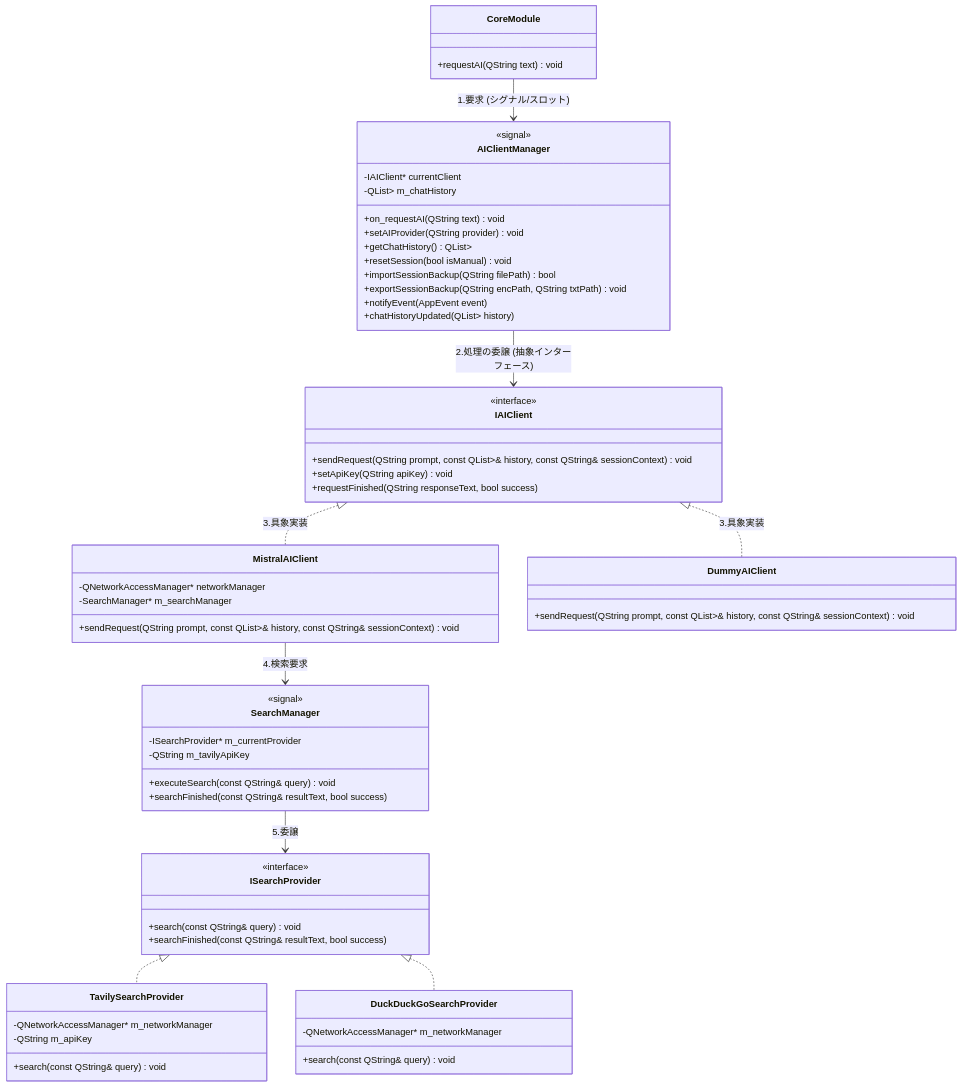
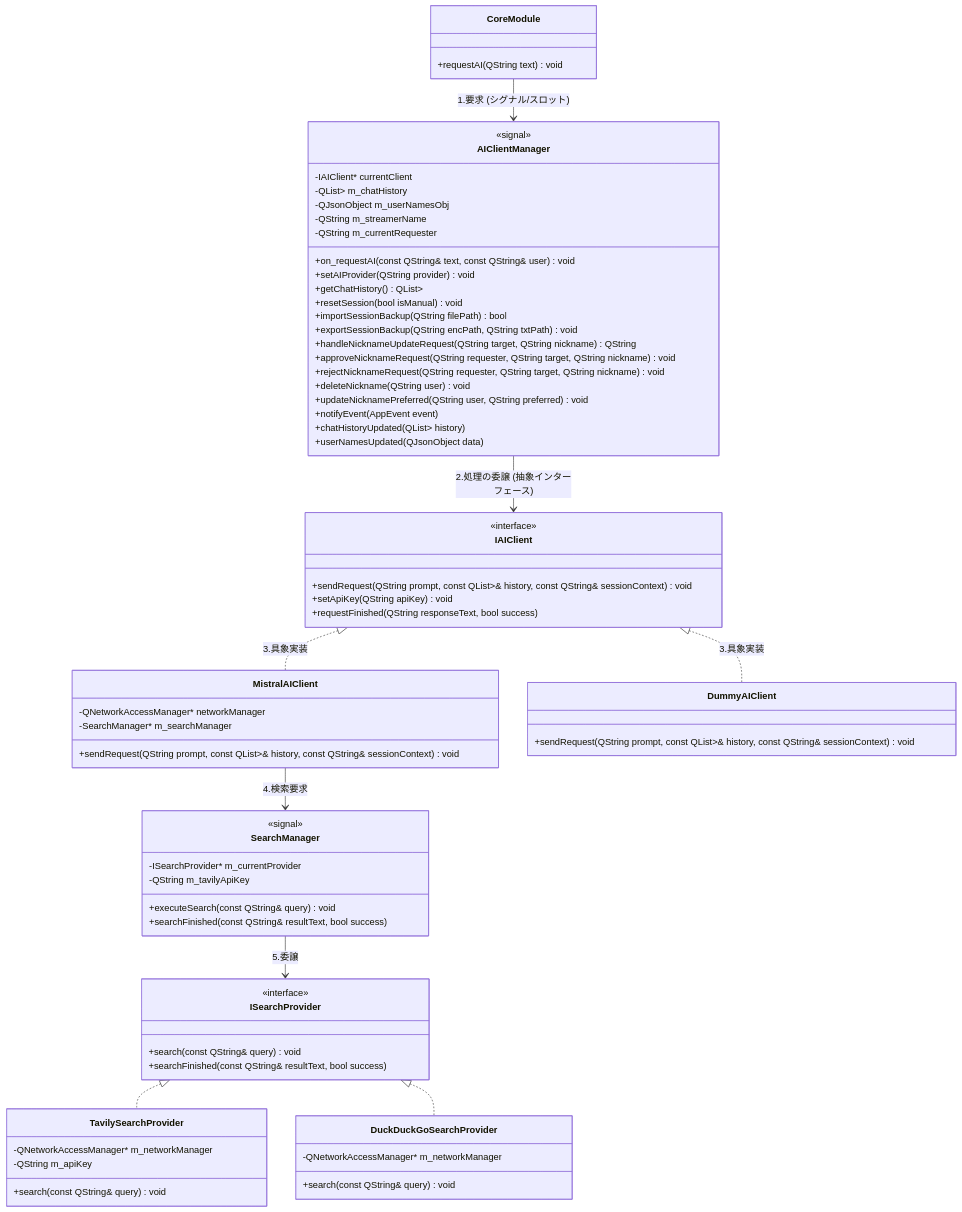
One commit to BLUE000/AiAssistantAvatar changed the third of 18 diagrams in doc/BasicDesign.md. Above: the diagram before and after it, drawn with Mermaid. The commit also changed other lines of this file and 12 other files, not shown here.

Commit message:
feat: implement nickname auto-registration, streamer GUI approval, and update specifications for Discord & memory archive

````diff
--- a/doc/BasicDesign.md
+++ b/doc/BasicDesign.md
@@ -121,65 +125,74 @@
 ```mermaid
 classDiagram
     class CoreModule {
         +requestAI(QString text) void
     }
     class AIClientManager {
         -IAIClient* currentClient
         -QList<QPair<QString, QString>> m_chatHistory
-        +on_requestAI(QString text) void
+        -QJsonObject m_userNamesObj
+        -QString m_streamerName
+        -QString m_currentRequester
+        +on_requestAI(const QString& text, const QString& user) void
         +setAIProvider(QString provider) void
         +getChatHistory() QList<QPair<QString, QString>>
         +resetSession(bool isManual) void
         +importSessionBackup(QString filePath) bool
         +exportSessionBackup(QString encPath, QString txtPath) void
+        +handleNicknameUpdateRequest(QString target, QString nickname) QString
+        +approveNicknameRequest(QString requester, QString target, QString nickname) void
+        +rejectNicknameRequest(QString requester, QString target, QString nickname) void
+        +deleteNickname(QString user) void
+        +updateNicknamePreferred(QString user, QString preferred) void
         <<signal>>
         +notifyEvent(AppEvent event)
         +chatHistoryUpdated(QList<QPair<QString, QString>> history)
+        +userNamesUpdated(QJsonObject data)
     }
     class IAIClient {
         <<interface>>
         +sendRequest(QString prompt, const QList<QPair<QString, QString>>& history, const QString& sessionContext) void
         +setApiKey(QString apiKey) void
         <<signal>>
         +requestFinished(QString responseText, bool success)
     }
     class MistralAIClient {
         -QNetworkAccessManager* networkManager
         -SearchManager* m_searchManager
         +sendRequest(QString prompt, const QList<QPair<QString, QString>>& history, const QString& sessionContext) void
     }
     class DummyAIClient {
         +sendRequest(QString prompt, const QList<QPair<QString, QString>>& history, const QString& sessionContext) void
     }
     class SearchManager {
         -ISearchProvider* m_currentProvider
         -QString m_tavilyApiKey
         +executeSearch(const QString& query) void
         <<signal>>
         +searchFinished(const QString& resultText, bool success)
     }
     class ISearchProvider {
         <<interface>>
         +search(const QString& query) void
         <<signal>>
         +searchFinished(const QString& resultText, bool success)
     }
     class TavilySearchProvider {
         -QNetworkAccessManager* m_networkManager
         -QString m_apiKey
         +search(const QString& query) void
     }
     class DuckDuckGoSearchProvider {
         -QNetworkAccessManager* m_networkManager
         +search(const QString& query) void
     }
 
     CoreModule --> AIClientManager : 1.要求 (シグナル/スロット)
     AIClientManager --> IAIClient : 2.処理の委譲 (抽象インターフェース)
     IAIClient <|.. MistralAIClient : 3.具象実装
     IAIClient <|.. DummyAIClient : 3.具象実装
     MistralAIClient --> SearchManager : 4.検索要求
     SearchManager --> ISearchProvider : 5.委譲
     ISearchProvider <|.. TavilySearchProvider
     ISearchProvider <|.. DuckDuckGoSearchProvider
 ```
````
